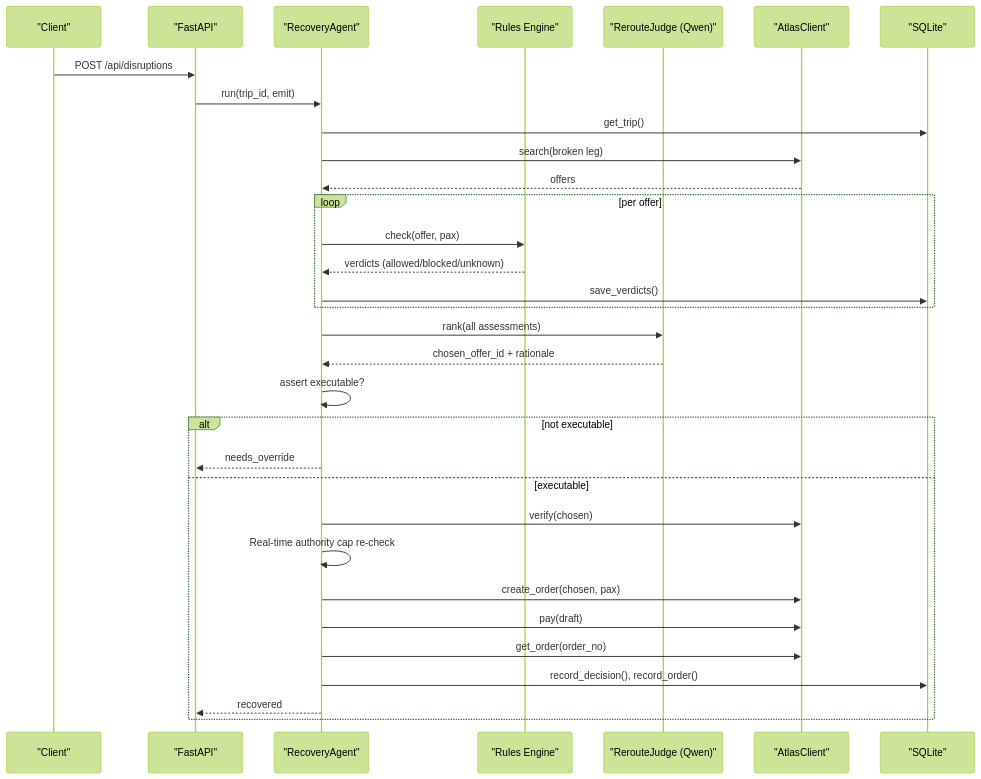
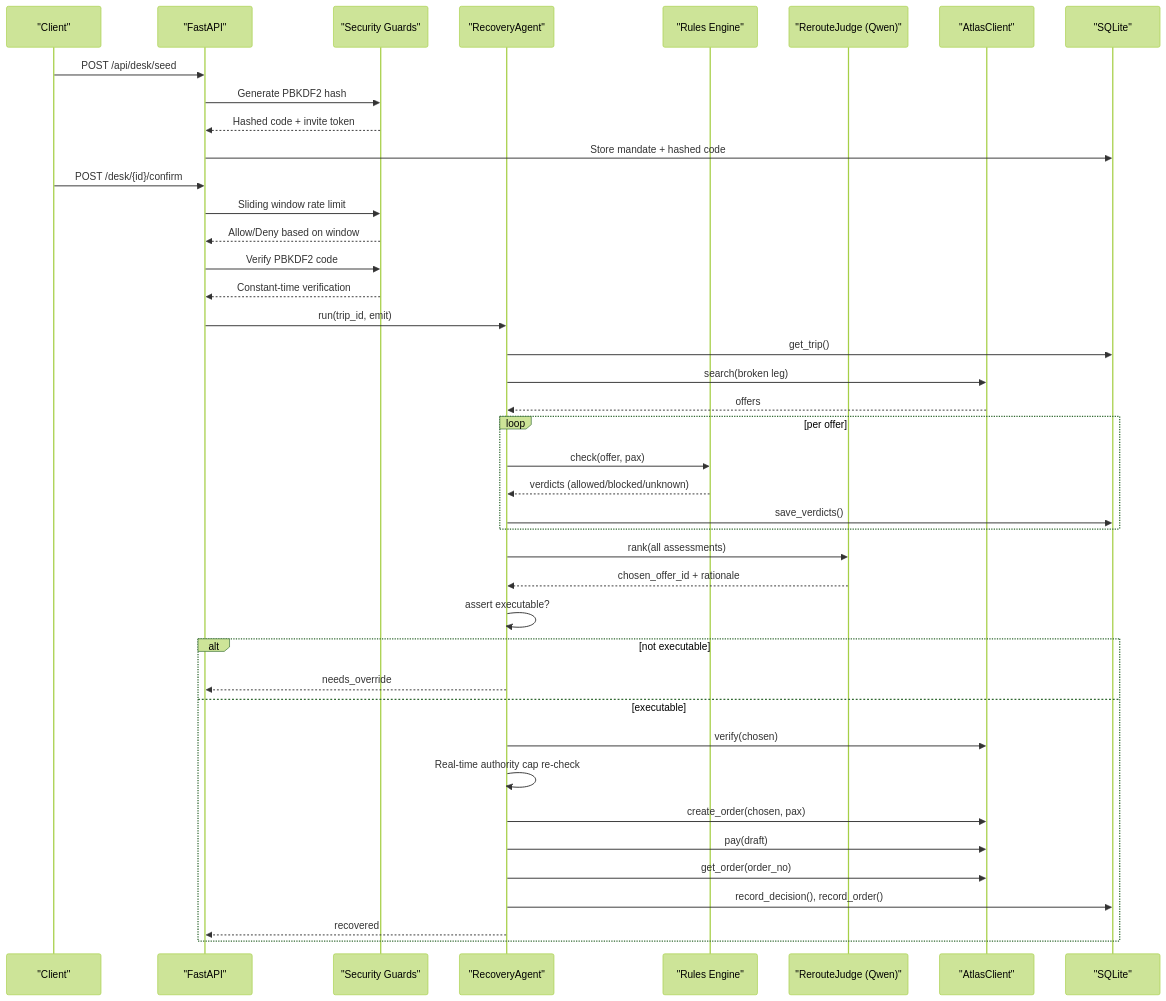
Before and after one commit to jaydonnnk/waypoint: the second of 4 diagrams in .qoder/repowiki/en/content/Security & Safety/Security & Safety.md, drawn with Mermaid (forest theme). The commit also changed other lines of this file and 14 other files, not shown here.

````diff
--- a/.qoder/repowiki/en/content/Security & Safety/Security & Safety.md
+++ b/.qoder/repowiki/en/content/Security & Safety/Security & Safety.md
@@ -88,34 +98,43 @@
 ```mermaid
 sequenceDiagram
 participant Client as "Client"
 participant API as "FastAPI"
+participant Security as "Security Guards"
 participant Agent as "RecoveryAgent"
 participant Rules as "Rules Engine"
 participant Judge as "RerouteJudge (Qwen)"
 participant Atlas as "AtlasClient"
 participant DB as "SQLite"
-Client->>API : POST /api/disruptions
+Client->>API : POST /api/desk/seed
+API->>Security : Generate PBKDF2 hash
+Security-->>API : Hashed code + invite token
+API->>DB : Store mandate + hashed code
+Client->>API : POST /desk/{id}/confirm
+API->>Security : Sliding window rate limit
+Security-->>API : Allow/Deny based on window
+API->>Security : Verify PBKDF2 code
+Security-->>API : Constant-time verification
 API->>Agent : run(trip_id, emit)
 Agent->>DB : get_trip()
 Agent->>Atlas : search(broken leg)
 Atlas-->>Agent : offers
 loop per offer
 Agent->>Rules : check(offer, pax)
 Rules-->>Agent : verdicts (allowed/blocked/unknown)
 Agent->>DB : save_verdicts()
 end
 Agent->>Judge : rank(all assessments)
 Judge-->>Agent : chosen_offer_id + rationale
 Agent->>Agent : assert executable?
 alt not executable
 Agent-->>API : needs_override
 else executable
 Agent->>Atlas : verify(chosen)
 Agent->>Agent : Real-time authority cap re-check
 Agent->>Atlas : create_order(chosen, pax)
 Agent->>Atlas : pay(draft)
 Agent->>Atlas : get_order(order_no)
 Agent->>DB : record_decision(), record_order()
 Agent-->>API : recovered
 end
 ```
````
